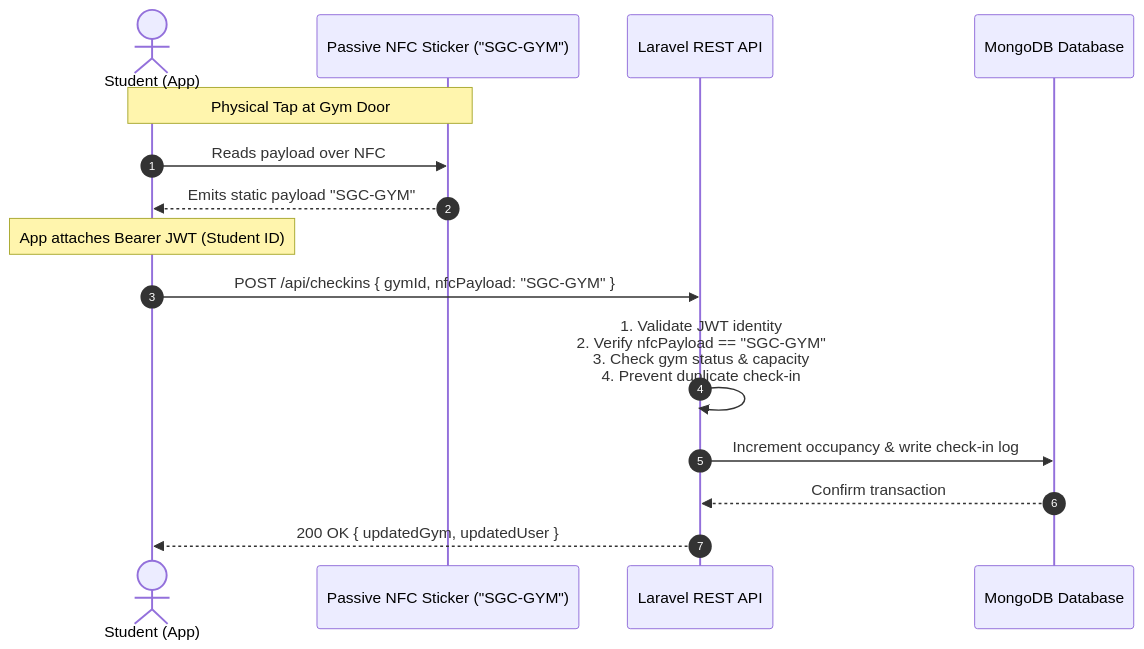
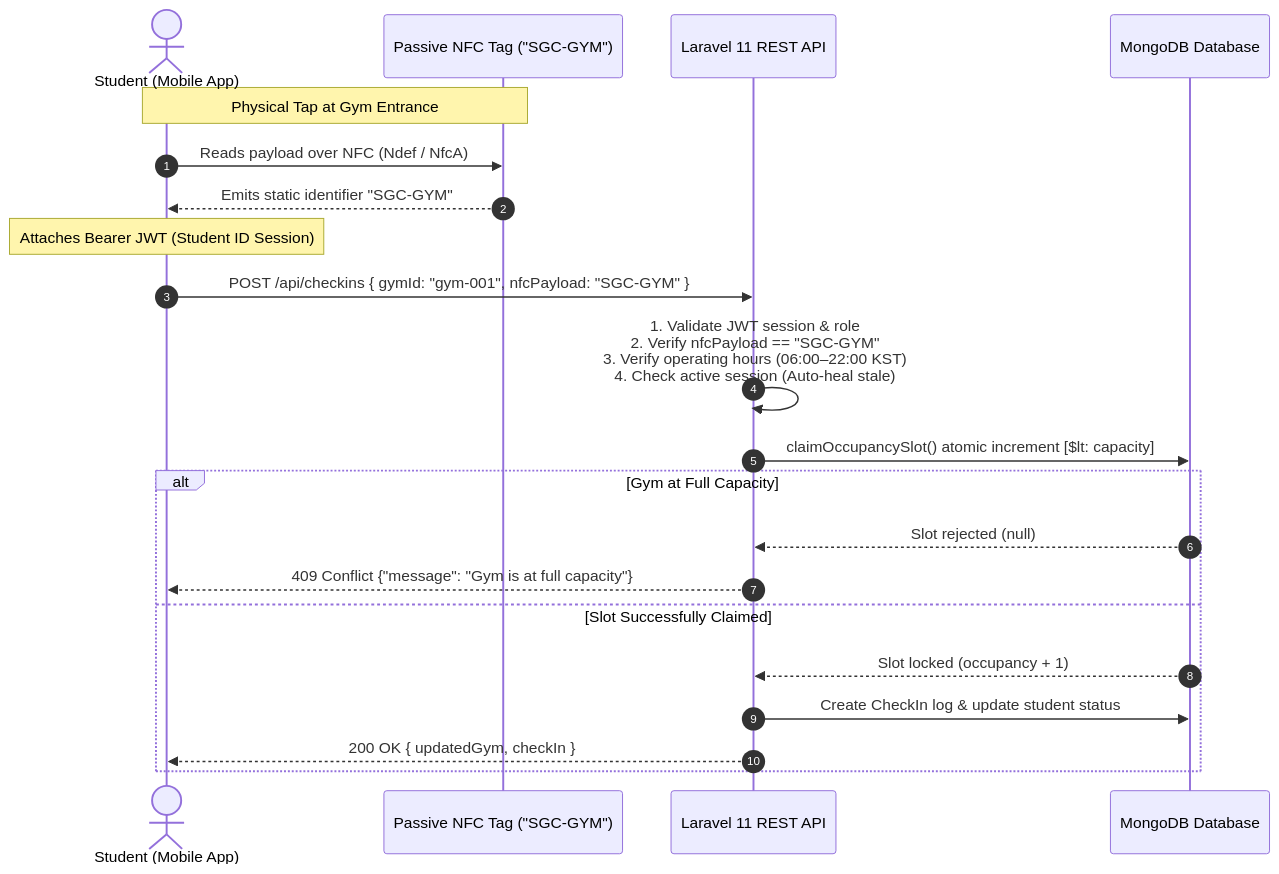
Before and after one commit to nickymarzz/Sejong-Gym-Check-in-App: the second of 2 diagrams in README.md, drawn with Mermaid. The commit also changed other lines of this file and 12 other files, not shown here.

Commit message:
feat: implement backend check-in controllers, admin dashboard, and NFC mobile services

````diff
--- a/README.md
+++ b/README.md
@@ -47,18 +98,24 @@
 ```mermaid
 sequenceDiagram
     autonumber
-    actor Student as Student (App)
-    participant Sticker as Passive NFC Sticker ("SGC-GYM")
-    participant API as Laravel REST API
+    actor Student as Student (Mobile App)
+    participant Sticker as Passive NFC Tag ("SGC-GYM")
+    participant API as Laravel 11 REST API
     participant DB as MongoDB Database
 
-    Note over Student,Sticker: Physical Tap at Gym Door
-    Student->>Sticker: Reads payload over NFC
-    Sticker-->>Student: Emits static payload "SGC-GYM"
-    Note over Student: App attaches Bearer JWT (Student ID)
-    Student->>API: POST /api/checkins { gymId, nfcPayload: "SGC-GYM" }
-    API->>API: 1. Validate JWT identity<br/>2. Verify nfcPayload == "SGC-GYM"<br/>3. Check gym status & capacity<br/>4. Prevent duplicate check-in
-    API->>DB: Increment occupancy & write check-in log
-    DB-->>API: Confirm transaction
-    API-->>Student: 200 OK { updatedGym, updatedUser }
+    Note over Student,Sticker: Physical Tap at Gym Entrance
+    Student->>Sticker: Reads payload over NFC (Ndef / NfcA)
+    Sticker-->>Student: Emits static identifier "SGC-GYM"
+    Note over Student: Attaches Bearer JWT (Student ID Session)
+    Student->>API: POST /api/checkins { gymId: "gym-001", nfcPayload: "SGC-GYM" }
+    API->>API: 1. Validate JWT session & role<br/>2. Verify nfcPayload == "SGC-GYM"<br/>3. Verify operating hours (06:00–22:00 KST)<br/>4. Check active session (Auto-heal stale)
+    API->>DB: claimOccupancySlot() atomic increment [$lt: capacity]
+    alt Gym at Full Capacity
+        DB-->>API: Slot rejected (null)
+        API-->>Student: 409 Conflict {"message": "Gym is at full capacity"}
+    else Slot Successfully Claimed
+        DB-->>API: Slot locked (occupancy + 1)
+        API->>DB: Create CheckIn log & update student status
+        API-->>Student: 200 OK { updatedGym, checkIn }
+    end
 ```
````
